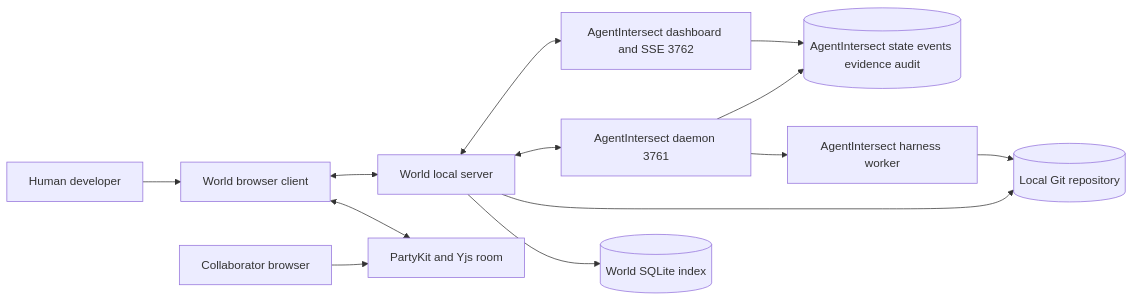
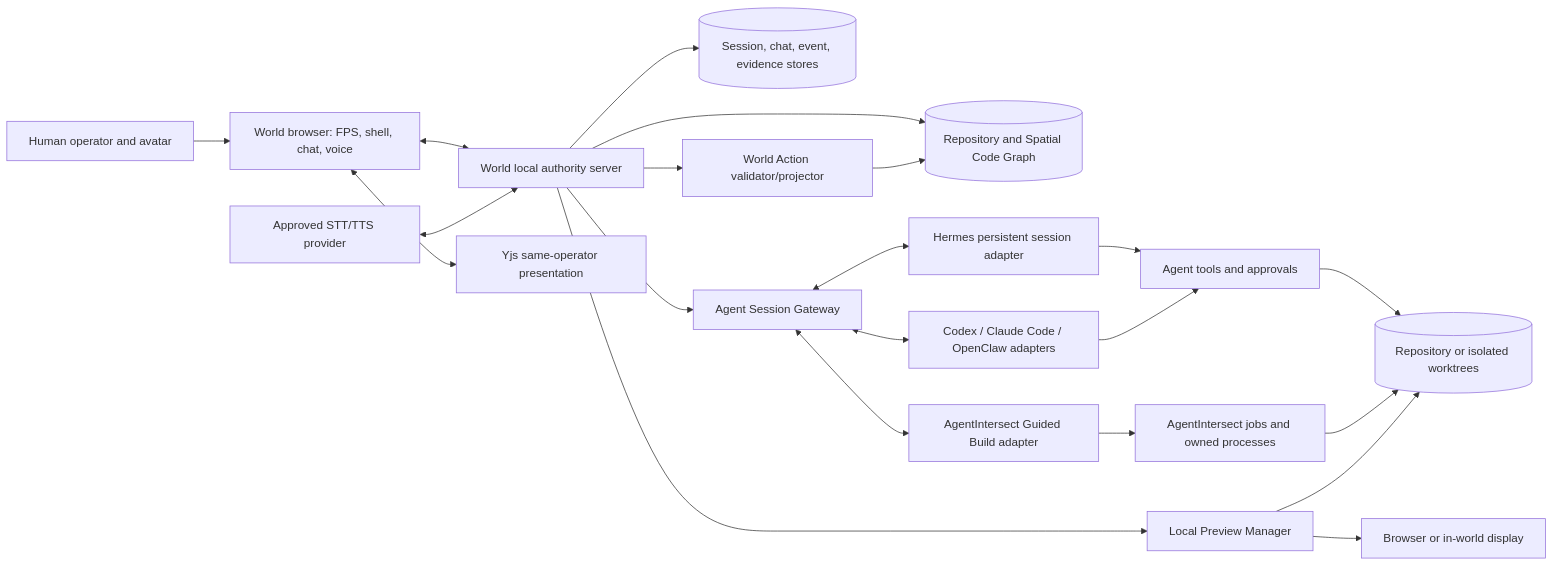
One commit to MelaBuilt-AI/AgentIntersect-World changed the first of 13 diagrams in AgentIntersect_WorldDD.md. Above: the diagram before and after it, drawn with Mermaid. The commit also changed other lines of this file and 1 other file, not shown here.

Commit message:
docs: rebaseline World around embodied agent sessions

````diff
--- a/AgentIntersect_WorldDD.md
+++ b/AgentIntersect_WorldDD.md
@@ -231,15 +291,23 @@
 ```mermaid
 flowchart LR
-  Human[Human developer] --> Browser[World browser client]
-  Peer[Collaborator browser] --> Party[PartyKit and Yjs room]
-  Browser <--> Party
-  Browser <--> WorldServer[World local server]
-  WorldServer --> Index[(World SQLite index)]
-  WorldServer --> Repo[(Local Git repository)]
-  WorldServer <--> AIHTTP[AgentIntersect daemon 3761]
-  WorldServer <--> AIDash[AgentIntersect dashboard and SSE 3762]
-  AIHTTP --> Worker[AgentIntersect harness worker]
-  Worker --> Repo
-  AIHTTP --> AIState[(AgentIntersect state events evidence audit)]
-  AIDash --> AIState
+  Human[Human operator and avatar] --> Browser[World browser: FPS, shell, chat, voice]
+  Browser <--> WorldServer[World local authority server]
+  Browser <--> Presentation[Yjs same-operator presentation]
+  WorldServer --> RepoModel[(Repository and Spatial Code Graph)]
+  WorldServer --> SessionStore[(Session, chat, event, evidence stores)]
+  WorldServer --> SessionGateway[Agent Session Gateway]
+  WorldServer --> ActionService[World Action validator/projector]
+  WorldServer --> Preview[Local Preview Manager]
+  SessionGateway <--> Hermes[Hermes persistent session adapter]
+  SessionGateway <--> Guided[AgentIntersect Guided Build adapter]
+  SessionGateway <--> Other[Codex / Claude Code / OpenClaw adapters]
+  Hermes --> Tools[Agent tools and approvals]
+  Guided --> Workers[AgentIntersect jobs and owned processes]
+  Other --> Tools
+  Tools --> Worktrees[(Repository or isolated worktrees)]
+  Workers --> Worktrees
+  ActionService --> RepoModel
+  Preview --> Worktrees
+  Preview --> BrowserPreview[Browser or in-world display]
+  Voice[Approved STT/TTS provider] <--> WorldServer
 ```
````
